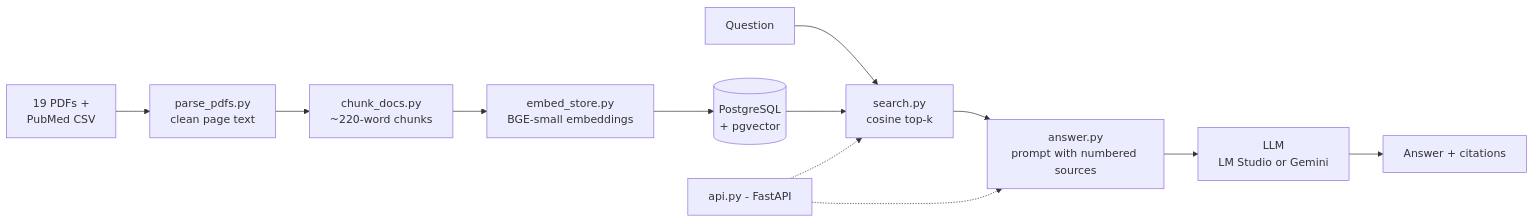
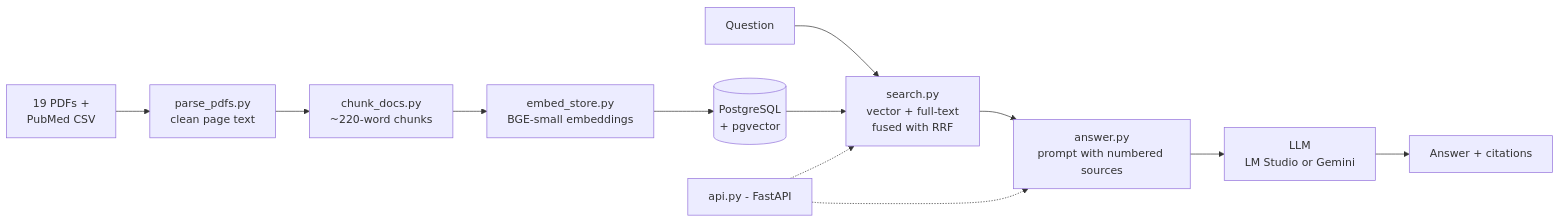
One commit to TeaTimeIroh/Alzheimers-RAG changed the diagram in README.md. Above: the diagram before and after it, drawn with Mermaid. The commit also changed other lines of this file and 8 other files, not shown here.

````diff
--- a/README.md
+++ b/README.md
@@ -18,14 +19,14 @@
 ```mermaid
 flowchart LR
     A[19 PDFs +<br/>PubMed CSV] --> B[parse_pdfs.py<br/>clean page text]
     B --> C[chunk_docs.py<br/>~220-word chunks]
     C --> D[embed_store.py<br/>BGE-small embeddings]
     D --> E[(PostgreSQL<br/>+ pgvector)]
-    Q[Question] --> S[search.py<br/>cosine top-k]
+    Q[Question] --> S[search.py<br/>vector + full-text<br/>fused with RRF]
     E --> S
     S --> G[answer.py<br/>prompt with numbered sources]
     G --> L[LLM<br/>LM Studio or Gemini]
     L --> R[Answer + citations]
     API[api.py - FastAPI] -.-> S
     API -.-> G
 ```
````
